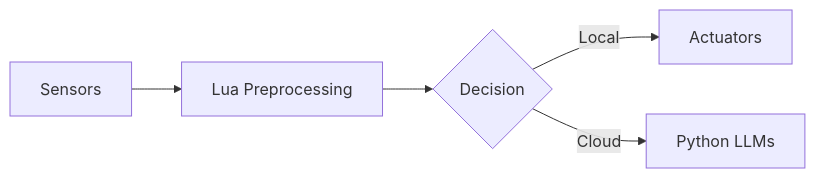
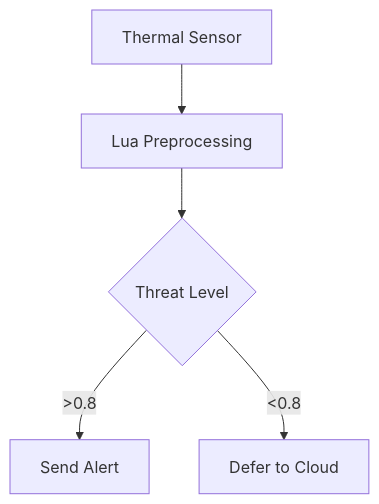
Before and after one commit to hetfs/luaOrbiter: the second of 3 diagrams in docs/intro.md, drawn with Mermaid. The commit also changed other lines of this file and 27 other files, not shown here.

````diff
--- a/docs/intro.md
+++ b/docs/intro.md
@@ -73,7 +74,7 @@
 ```mermaid
-graph LR
-  A[Sensors] --> B[Lua Preprocessing]
-  B --> C{Decision}
-  C -->|Local| D[Actuators]
-  C -->|Cloud| E[Python LLMs]
+graph TB
+  A[Thermal Sensor] --> B[Lua Preprocessing]
+  B --> C{Threat Level}
+  C -->|>0.8| D[Send Alert]
+  C -->|<0.8| E[Defer to Cloud]
 ```
````
